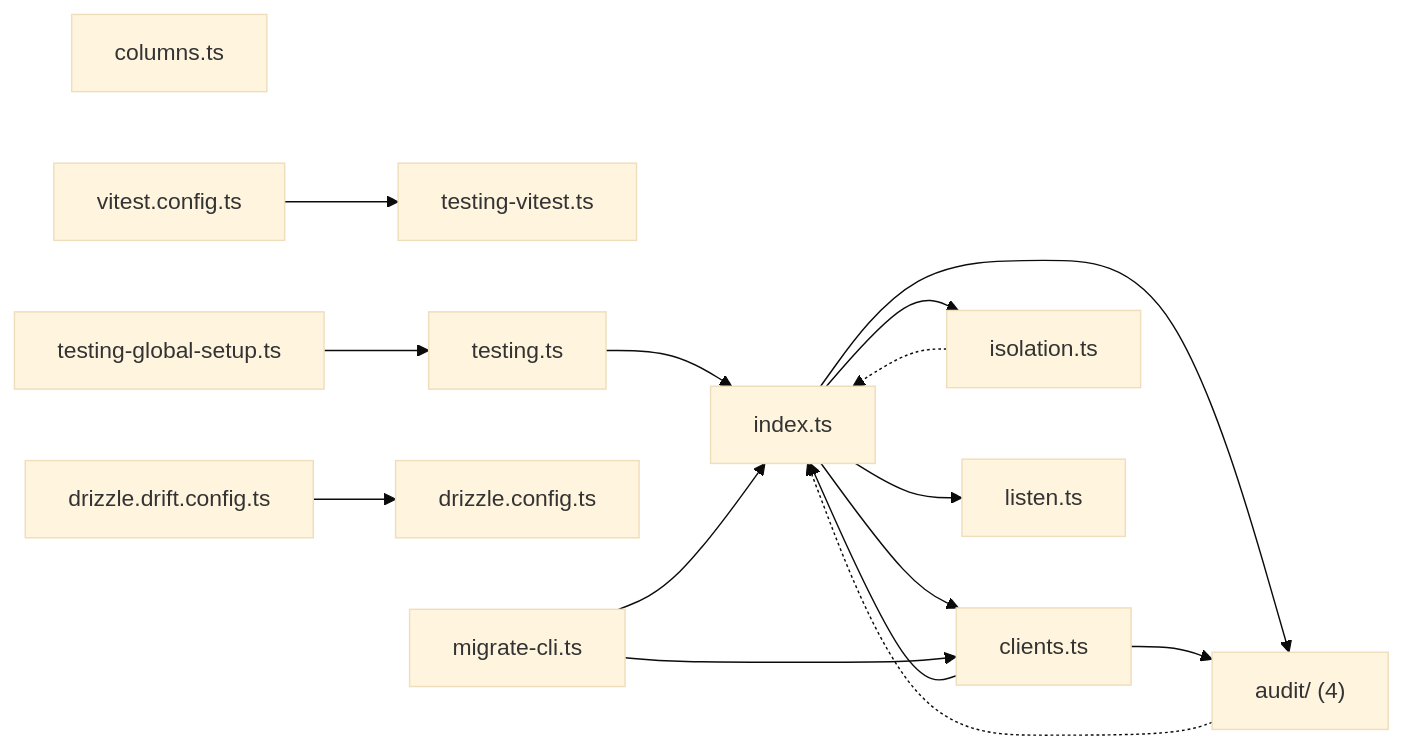
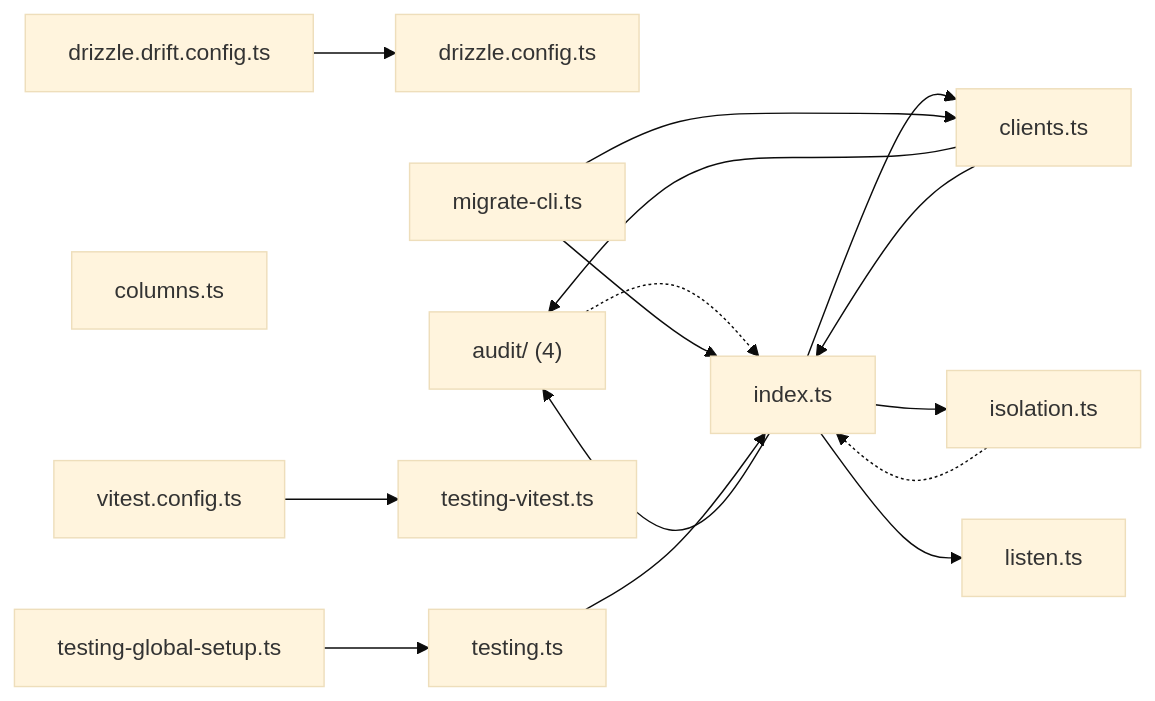
The diagram in map/generated/imports/@wren+db.md (wrenautomation/wren), drawn with Mermaid (base theme) before and after one commit. The commit also changed other lines of this file and 96 other files, not shown here.

````diff
--- a/map/generated/imports/@wren+db.md
+++ b/map/generated/imports/@wren+db.md
@@ -17,30 +17,30 @@
 ```mermaid
 flowchart LR
+  ndrizzle_config_ts["drizzle.config.ts"]
+  ndrizzle_drift_config_ts["drizzle.drift.config.ts"]
+  naudit_["audit/ (4)"]
+  nclients_ts["clients.ts"]
   ncolumns_ts["columns.ts"]
   nindex_ts["index.ts"]
-  naudit_["audit/ (4)"]
-  nclients_ts["clients.ts"]
   nisolation_ts["isolation.ts"]
   nlisten_ts["listen.ts"]
+  nmigrate_cli_ts["migrate-cli.ts"]
+  ntesting_global_setup_ts["testing-global-setup.ts"]
   ntesting_vitest_ts["testing-vitest.ts"]
   ntesting_ts["testing.ts"]
-  ndrizzle_config_ts["drizzle.config.ts"]
-  ndrizzle_drift_config_ts["drizzle.drift.config.ts"]
-  nmigrate_cli_ts["migrate-cli.ts"]
-  ntesting_global_setup_ts["testing-global-setup.ts"]
   nvitest_config_ts["vitest.config.ts"]
+  ndrizzle_drift_config_ts --> ndrizzle_config_ts
+  naudit_ -.-> nindex_ts
+  nclients_ts --> naudit_
+  nclients_ts --> nindex_ts
   nindex_ts --> naudit_
   nindex_ts --> nclients_ts
   nindex_ts --> nisolation_ts
   nindex_ts --> nlisten_ts
-  naudit_ -.-> nindex_ts
-  nclients_ts --> naudit_
-  nclients_ts --> nindex_ts
   nisolation_ts -.-> nindex_ts
-  ntesting_ts --> nindex_ts
-  ndrizzle_drift_config_ts --> ndrizzle_config_ts
   nmigrate_cli_ts --> nclients_ts
   nmigrate_cli_ts --> nindex_ts
   ntesting_global_setup_ts --> ntesting_ts
+  ntesting_ts --> nindex_ts
   nvitest_config_ts --> ntesting_vitest_ts
 ```
````
